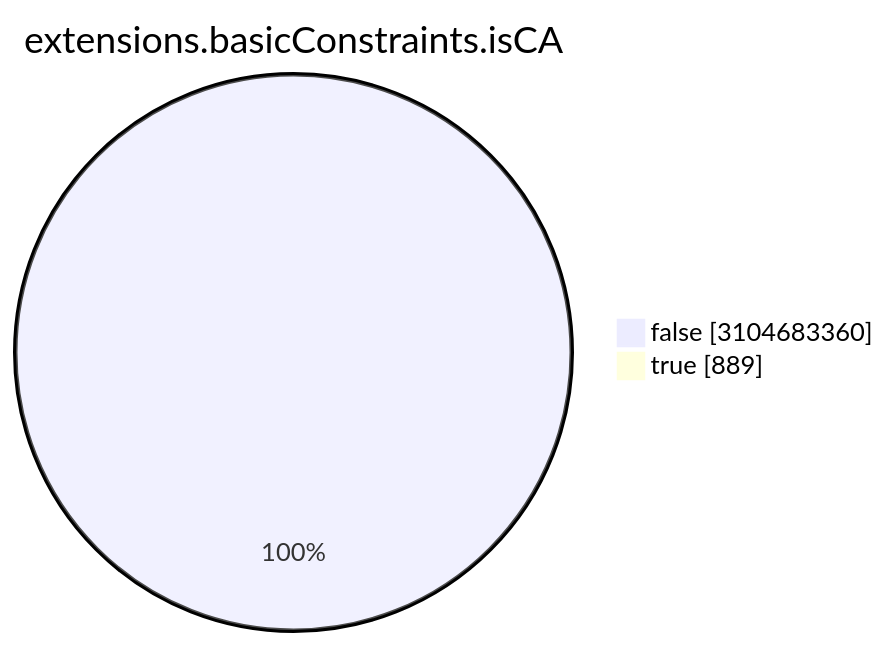
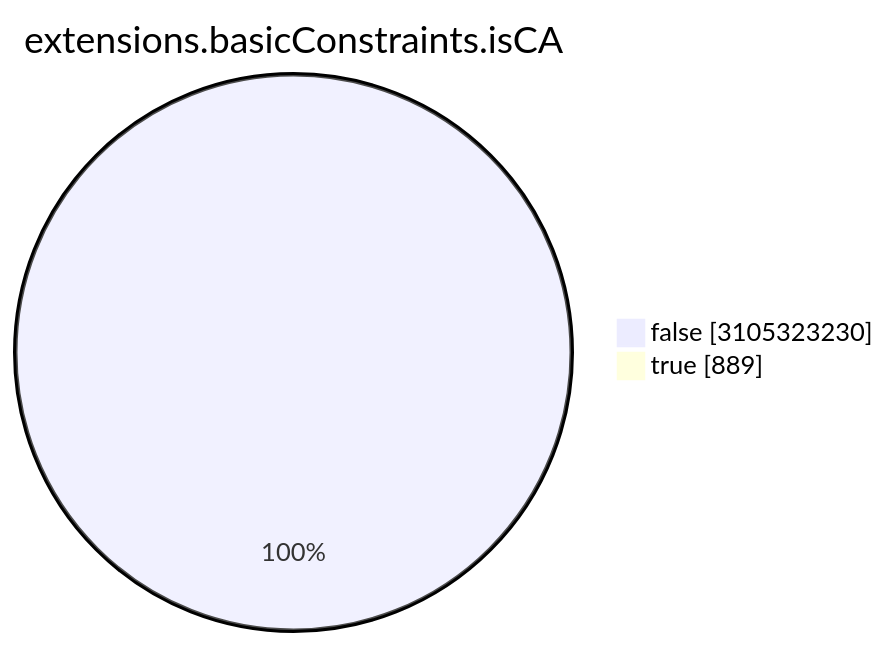
Before and after one commit to christiankrug/ctmonitor_visualization: the seventh of 15 diagrams in TOTAL/README.md, drawn with Mermaid. The commit also changed other lines of this file, not shown here.

````diff
--- a/TOTAL/README.md
+++ b/TOTAL/README.md
@@ -3088,6 +3088,6 @@
 ```mermaid
 pie showData
 title extensions.basicConstraints.isCA
-"false" :3104683360
+"false" :3105323230
 "true" :889
 ```
````
